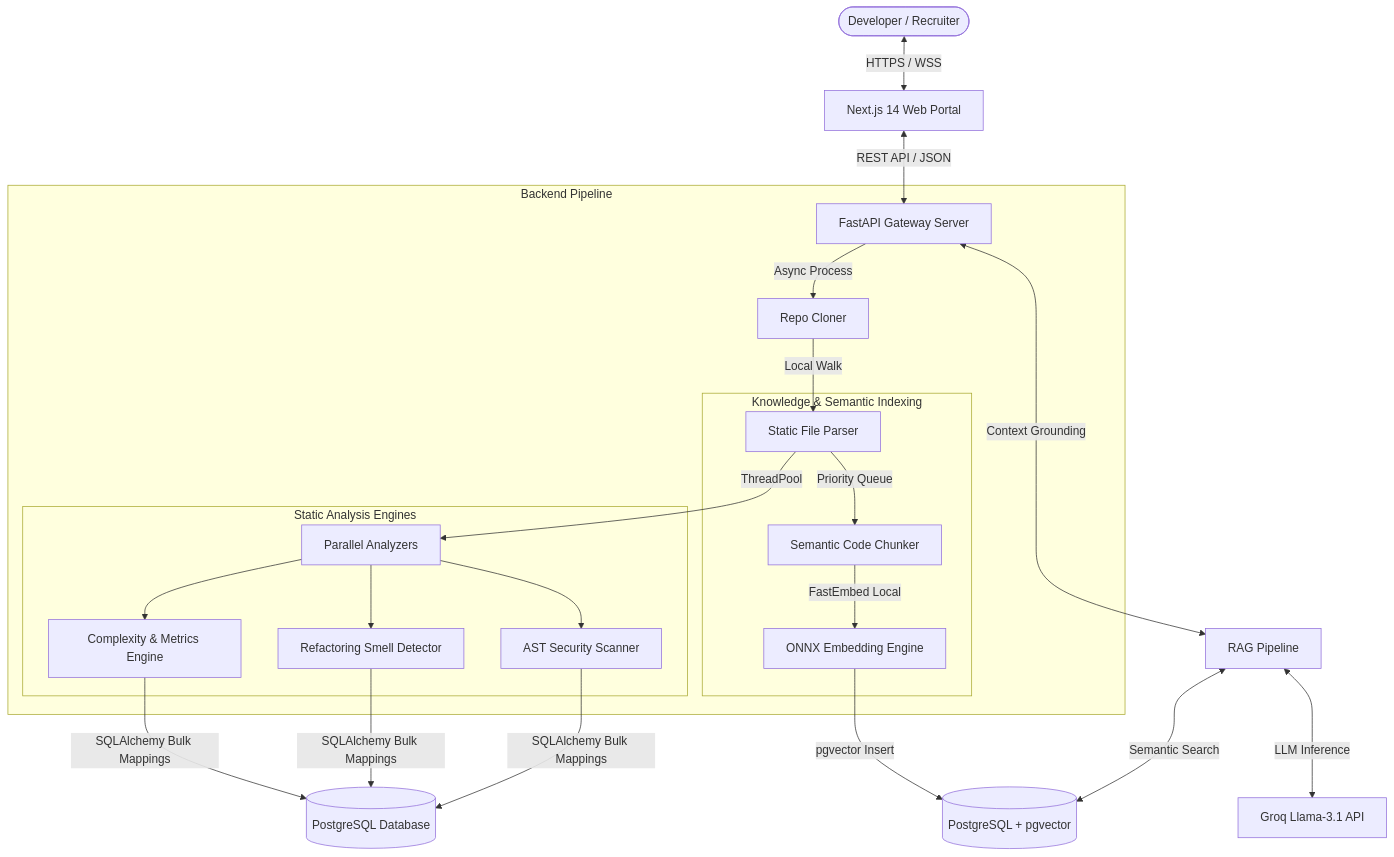
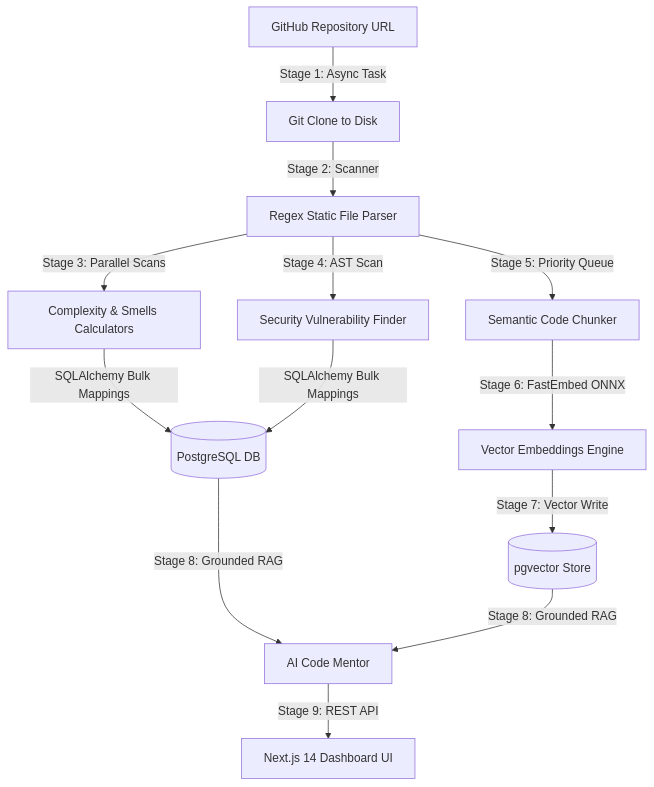
The diagram in README.md (parthmandore/RepoMentor-AI), drawn with Mermaid before and after one commit. The commit also changed other lines of this file and 4 other files, not shown here.

````diff
--- a/README.md
+++ b/README.md
@@ -17,33 +78,15 @@
 ```mermaid
-graph TB
-    %% Client & Gateway
-    User([Developer / Recruiter]) <-->|HTTPS / WSS| FE[Next.js 14 Web Portal]
-    FE <-->|REST API / JSON| BE[FastAPI Gateway Server]
-
-    %% Ingestion & Orchestration
-    subgraph Backend Pipeline
-        BE -->|Async Process| Cloner[Repo Cloner]
-        Cloner -->|Local Walk| Parser[Static File Parser]
-        Parser -->|ThreadPool| Analyzers[Parallel Analyzers]
-        
-        subgraph Static Analysis Engines
-            Analyzers --> Metrics[Complexity & Metrics Engine]
-            Analyzers --> Smells[Refactoring Smell Detector]
-            Analyzers --> Security[AST Security Scanner]
-        end
-        
-        subgraph Knowledge & Semantic Indexing
-            Parser -->|Priority Queue| Chunker[Semantic Code Chunker]
-            Chunker -->|FastEmbed Local| Embedder[ONNX Embedding Engine]
-        end
-    end
-
-    %% Storage Layer
-    Metrics & Smells & Security -->|SQLAlchemy Bulk Mappings| DB[(PostgreSQL Database)]
-    Embedder -->|pgvector Insert| VectorDB[(PostgreSQL + pgvector)]
+flowchart TD
+    A[GitHub Repository URL] -->|Stage 1: Async Task| B[Git Clone to Disk]
+    B -->|Stage 2: Scanner| C[Regex Static File Parser]
+    C -->|Stage 3: Parallel Scans| D[Complexity & Smells Calculators]
+    C -->|Stage 4: AST Scan| E[Security Vulnerability Finder]
+    C -->|Stage 5: Priority Queue| F[Semantic Code Chunker]
     
-    %% AI Orchestration
-    BE <-->|Context Grounding| RAG[RAG Pipeline]
-    RAG <-->|Semantic Search| VectorDB
-    RAG <-->|LLM Inference| Groq[Groq Llama-3.1 API]
+    D & E -->|SQLAlchemy Bulk Mappings| G[(PostgreSQL DB)]
+    F -->|Stage 6: FastEmbed ONNX| H[Vector Embeddings Engine]
+    H -->|Stage 7: Vector Write| I[(pgvector Store)]
+    
+    G & I -->|Stage 8: Grounded RAG| J[AI Code Mentor]
+    J -->|Stage 9: REST API| K[Next.js 14 Dashboard UI]
 ```
````
